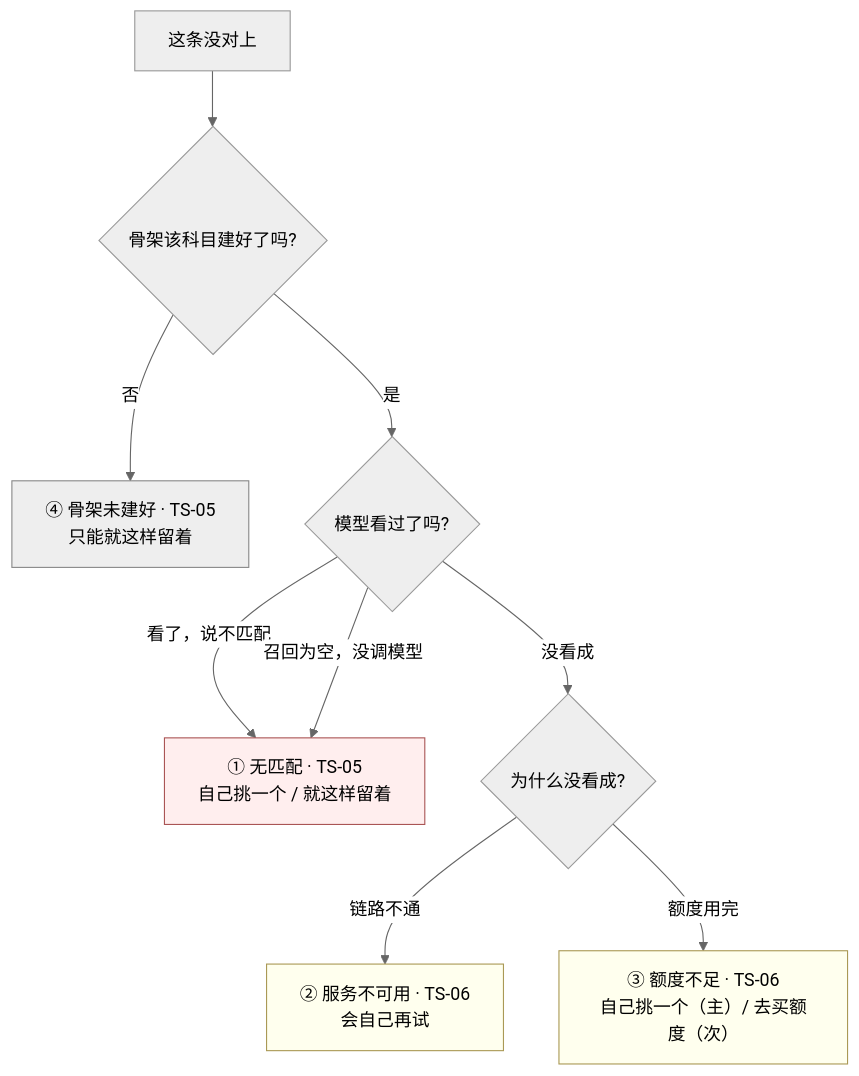
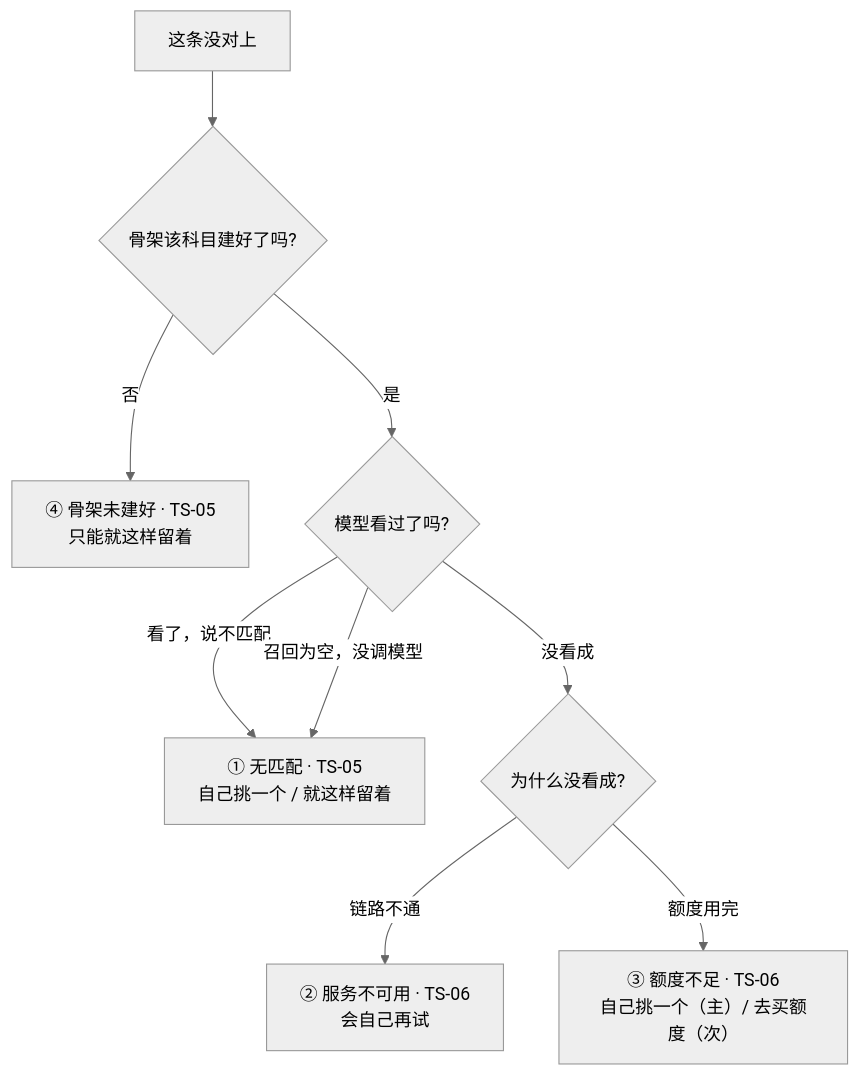
Before and after one commit to chenyuanjin/kubic: the first of 2 diagrams in docs/product/modules/M2-打标与未分类/U2.3-未分类的四种成因.md, drawn with Mermaid (neutral theme). The commit also changed 14 other files, not shown here.

First line of the commit message:
KUBI-76 终审第一批:M0-G2 落败方补齐 + TS-08 转录纠错 + 搜索端点残留 + 流程图去色

````diff
--- a/docs/product/modules/M2-打标与未分类/U2.3-未分类的四种成因.md
+++ b/docs/product/modules/M2-打标与未分类/U2.3-未分类的四种成因.md
@@ -60,16 +60,12 @@
 ```mermaid
 flowchart TD
     A["这条没对上"] --> B{"骨架该科目建好了吗?"}
     B -->|否| C4["④ 骨架未建好 · TS-05<br/>只能就这样留着"]
     B -->|是| C{"模型看过了吗?"}
     C -->|看了，说不匹配| C1["① 无匹配 · TS-05<br/>自己挑一个 / 就这样留着"]
     C -->|召回为空，没调模型| C1
     C -->|没看成| D{"为什么没看成?"}
     D -->|链路不通| C2["② 服务不可用 · TS-06<br/>会自己再试"]
     D -->|额度用完| C3["③ 额度不足 · TS-06<br/>自己挑一个（主）/ 去买额度（次）"]
 
-    style C1 fill:#fee,stroke:#a55
-    style C2 fill:#ffe,stroke:#a95
-    style C3 fill:#ffe,stroke:#a95
-    style C4 fill:#eee,stroke:#888
 ```
````
